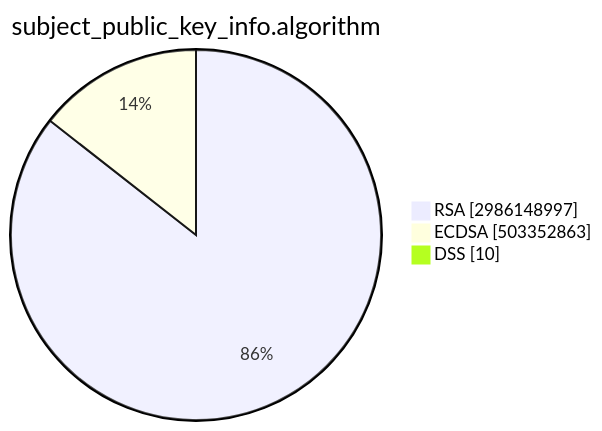
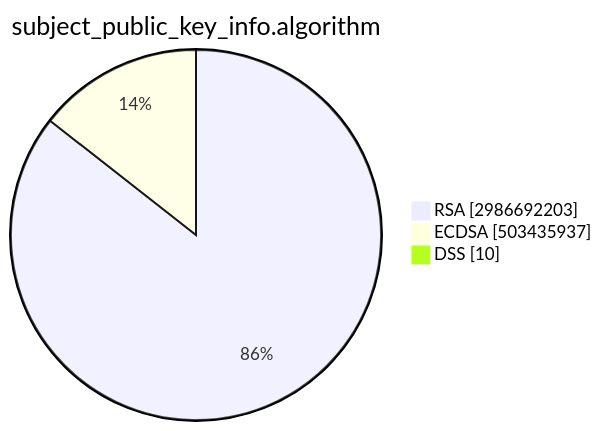
The second of 15 diagrams in TOTAL/README.md (christiankrug/ctmonitor_visualization), drawn with Mermaid before and after one commit. The commit also changed other lines of this file, not shown here.

````diff
--- a/TOTAL/README.md
+++ b/TOTAL/README.md
@@ -6,7 +6,7 @@
 ```mermaid
 pie showData
 title subject_public_key_info.algorithm
-"RSA" :2986148997
-"ECDSA" :503352863
+"RSA" :2986692203
+"ECDSA" :503435937
 "DSS" :10
 ```
````
